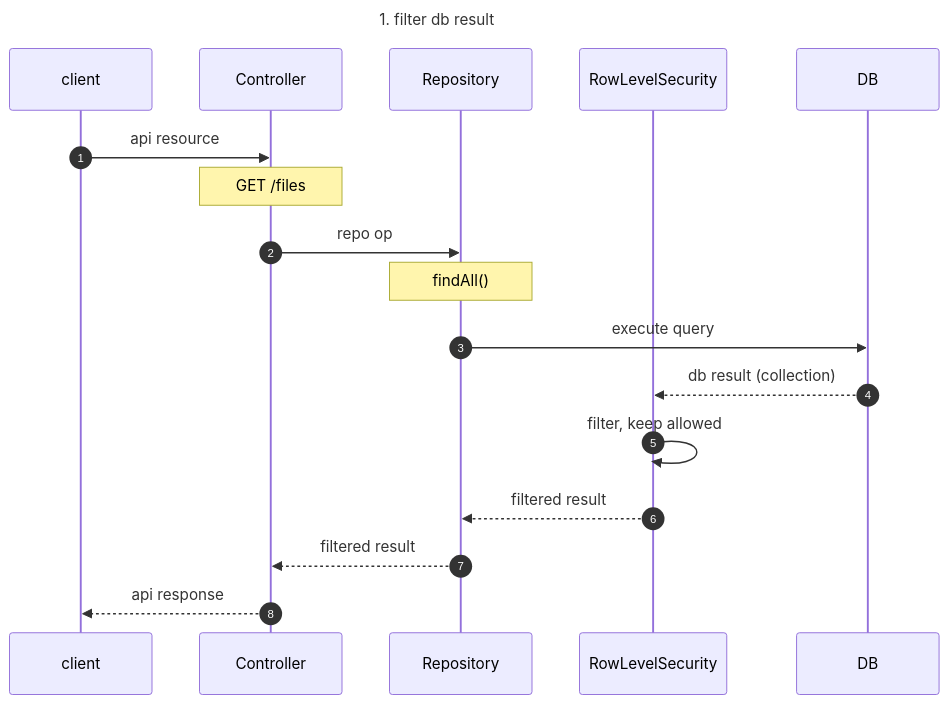
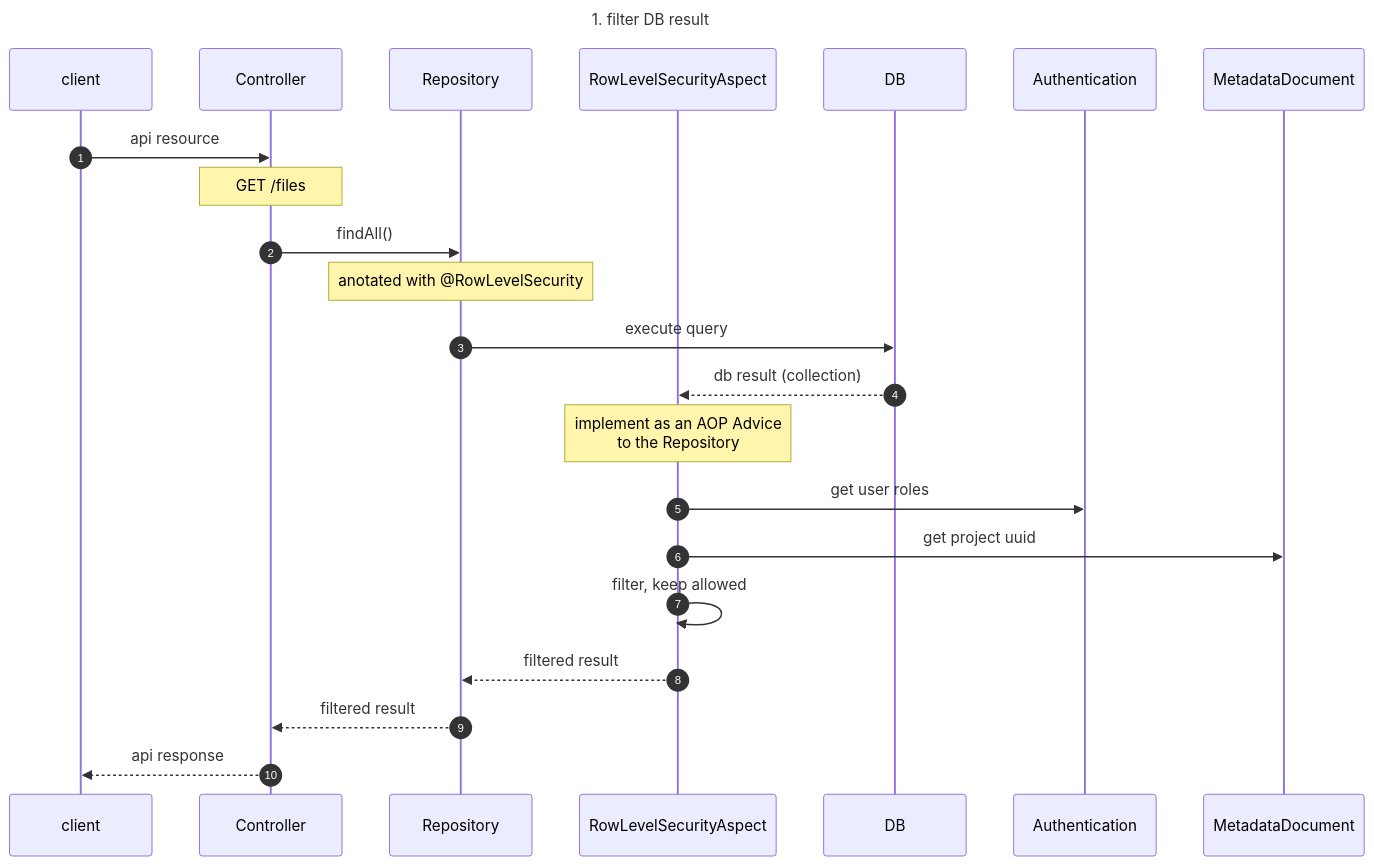
Before and after one commit to ebi-ait/ingest-core: the second of 6 diagrams in docs/managed-access.md, drawn with Mermaid. The commit also changed other lines of this file and 5 other files, not shown here.

Commit message:
dcp-967 managed access - filter metadata resources by user's allowed projects

````diff
--- a/docs/managed-access.md
+++ b/docs/managed-access.md
@@ -41,22 +41,27 @@
 ```mermaid
 sequenceDiagram
-    title 1. filter db result
+    title 1. filter DB result
     participant client
     participant Controller
     participant Repository
-    participant RowLevelSecurity
+    participant RowLevelSecurityAspect
     participant DB
+    participant Authentication
+    participant MetadataDocument
     
     autonumber
     
     client ->> Controller: api resource
     note over Controller: GET /files
-    Controller ->> Repository: repo op
-    note over Repository: findAll()
+    Controller ->> Repository: findAll()
+    note over Repository: anotated with @RowLevelSecurity
     Repository ->> DB: execute query
-    DB -->> RowLevelSecurity: db result (collection)
-    RowLevelSecurity ->> RowLevelSecurity: filter, keep allowed
-    RowLevelSecurity -->> Repository: filtered result
+    DB -->> RowLevelSecurityAspect: db result (collection)
+    note over RowLevelSecurityAspect: implement as an AOP Advice<br> to the Repository
+    RowLevelSecurityAspect ->> Authentication: get user roles
+    RowLevelSecurityAspect ->> MetadataDocument: get project uuid
+    RowLevelSecurityAspect ->> RowLevelSecurityAspect: filter, keep allowed
+    RowLevelSecurityAspect -->> Repository: filtered result
     Repository -->> Controller: filtered result
     Controller -->> client: api response
 ```
````
